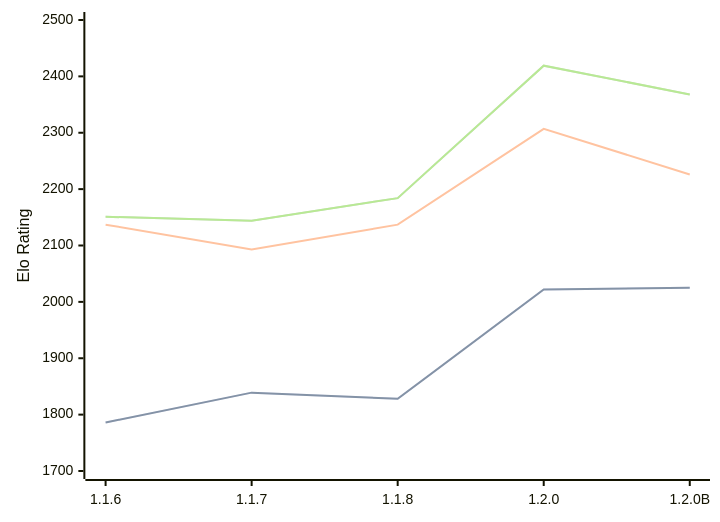
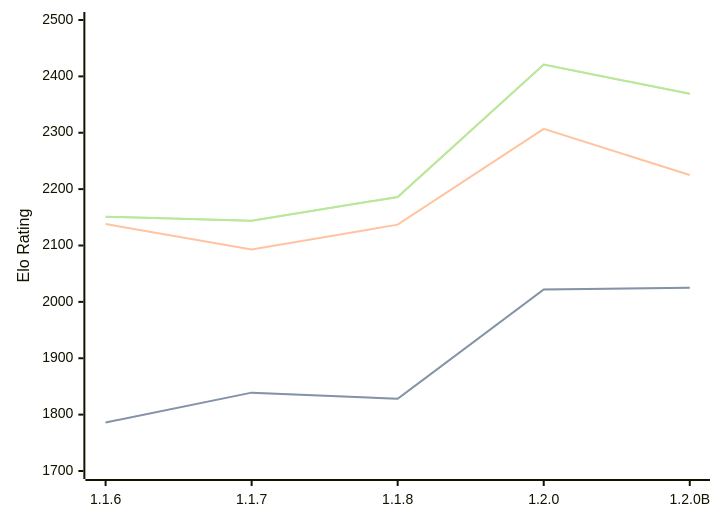
Before and after one commit to computer-chess-index/cci: the diagram in engines/Soomi.md, drawn with Mermaid. The commit also changed other lines of this file, not shown here.

Commit message:
Update CCI Ratings (ELO VLTC) - 2026-06-11

````diff
--- a/engines/Soomi.md
+++ b/engines/Soomi.md
@@ -35,11 +35,11 @@
 ```mermaid
 %%{init: {"theme":"base","themeVariables":{"seriesColors:['#a3a3a3','#222221','#faa371']}}}%%
 xychart-beta
   x-axis ["1.1.6", "1.1.7", "1.1.8", "1.2.0", "1.2.0B"]
   y-axis "Elo Rating" 1700 --> 2500
   line "STC (8.0+0.08s)" [1786, 1839, 1828, 2022, 2025]
   line "STC (8.0+0.08s)" [1786, 1839, 1828, 2022, 2025]
-  line "LTC (60.0+0.60s)" [2137, 2093, 2137, 2307, 2226]
-  line "VLTC (2m24s+1.12s)" [2151, 2144, 2184, 2419, 2368]
-  line "VLTC (2m24s+1.12s)" [2151, 2144, 2184, 2419, 2368]
+  line "LTC (60.0+0.60s)" [2138, 2093, 2137, 2307, 2225]
+  line "VLTC (2m24s+1.12s)" [2151, 2144, 2186, 2421, 2369]
+  line "VLTC (2m24s+1.12s)" [2151, 2144, 2186, 2421, 2369]
 ```
````
